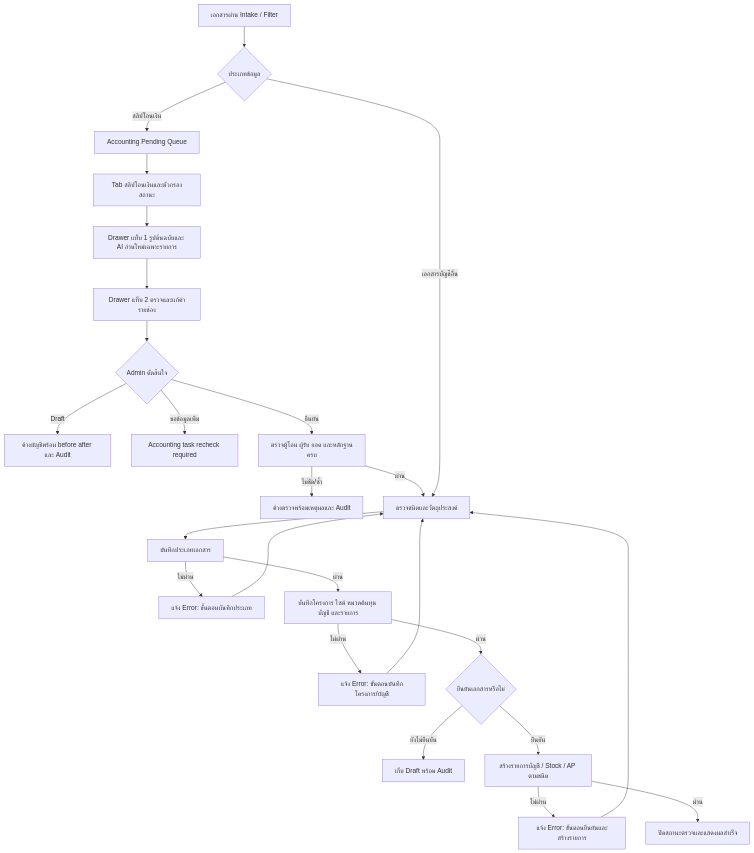
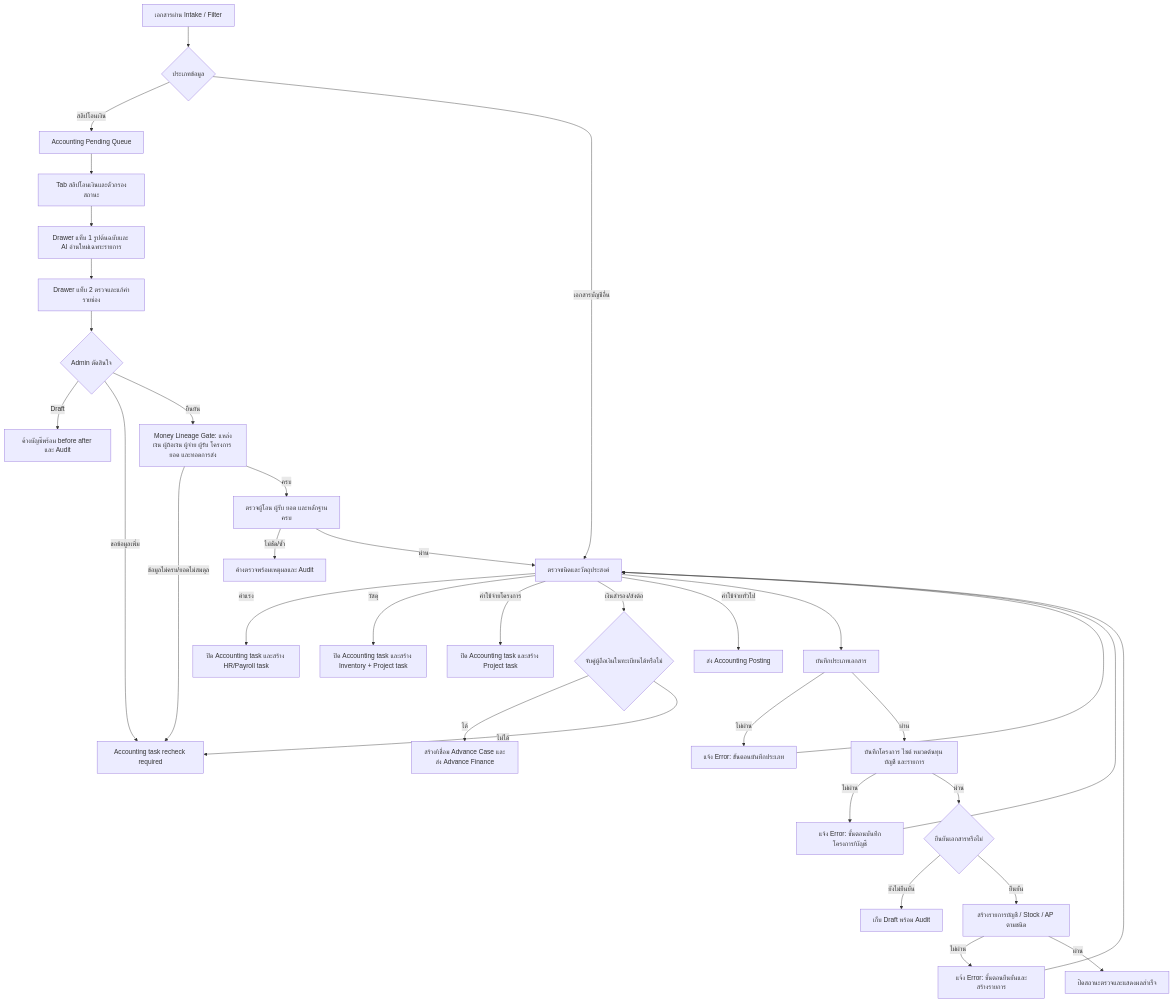
One commit to paramonjong-afk/WisdomAI changed the diagram in docs/ACCOUNTING_DOCUMENT_CONFIRMATION_FLOW.md. Above: the diagram before and after it, drawn with Mermaid. The commit also changed other lines of this file and 14 other files, not shown here.

````diff
--- a/docs/ACCOUNTING_DOCUMENT_CONFIRMATION_FLOW.md
+++ b/docs/ACCOUNTING_DOCUMENT_CONFIRMATION_FLOW.md
@@ -3,27 +3,36 @@
 ```mermaid
 flowchart TD
   A[เอกสารผ่าน Intake / Filter] --> B{ประเภทข้อมูล}
   B -->|สลิปโอนเงิน| Q[Accounting Pending Queue]
   Q --> Q0[Tab สลิปโอนเงินและตัวกรองสถานะ]
   Q0 --> B1[Drawer แท็บ 1 รูปต้นฉบับและ AI อ่านใหม่เฉพาะรายการ]
   B1 --> B2[Drawer แท็บ 2 ตรวจและแก้ค่ารายช่อง]
   B2 --> B3{Admin ตัดสินใจ}
   B3 -->|Draft| QD[ค้างบัญชีพร้อม before after และ Audit]
   B3 -->|ขอข้อมูลเพิ่ม| QI[Accounting task recheck required]
-  B3 -->|ยืนยัน| C1[ตรวจผู้โอน ผู้รับ ยอด และหลักฐานครบ]
+  B3 -->|ยืนยัน| M0[Money Lineage Gate: แหล่งเงิน ผู้ถือเงิน ผู้จ่าย ผู้รับ โครงการ ยอด และทอดการส่ง]
+  M0 -->|ข้อมูลไม่ครบ/ยอดไม่สมดุล| QI
+  M0 -->|ครบ| C1[ตรวจผู้โอน ผู้รับ ยอด และหลักฐานครบ]
   C1 -->|ไม่ชัด/ซ้ำ| Q1[ค้างตรวจพร้อมเหตุผลและ Audit]
   C1 -->|ผ่าน| C[ตรวจชนิดและวัตถุประสงค์]
+  C -->|ค่าแรง| M1[ปิด Accounting task และสร้าง HR/Payroll task]
+  C -->|วัสดุ| M2[ปิด Accounting task และสร้าง Inventory + Project task]
+  C -->|ค่าใช้จ่ายโครงการ| M3[ปิด Accounting task และสร้าง Project task]
+  C -->|เงินสำรอง/ส่งต่อ| M4{จับคู่ผู้ถือเงินในทะเบียนได้หรือไม่}
+  M4 -->|ได้| M5[สร้าง/เชื่อม Advance Case และส่ง Advance Finance]
+  M4 -->|ไม่ได้| QI
+  C -->|ค่าใช้จ่ายทั่วไป| M6[ส่ง Accounting Posting]
   B -->|เอกสารบัญชีอื่น| C
   C --> D[บันทึกประเภทเอกสาร]
   D -->|ไม่ผ่าน| D1[แจ้ง Error: ขั้นตอนบันทึกประเภท]
   D -->|ผ่าน| E[บันทึกโครงการ ไซต์ หมวดต้นทุน บัญชี และรายการ]
   E -->|ไม่ผ่าน| E1[แจ้ง Error: ขั้นตอนบันทึกโครงการ/บัญชี]
   E -->|ผ่าน| F{ยืนยันเอกสารหรือไม่}
   F -->|ยังไม่ยืนยัน| G[เก็บ Draft พร้อม Audit]
   F -->|ยืนยัน| H[สร้างรายการบัญชี / Stock / AP ตามชนิด]
   H -->|ไม่ผ่าน| H1[แจ้ง Error: ขั้นตอนยืนยันและสร้างรายการ]
   H -->|ผ่าน| I[ปิดสถานะตรวจและแสดงผลสำเร็จ]
   D1 --> C
   E1 --> C
   H1 --> C
 ```
````
